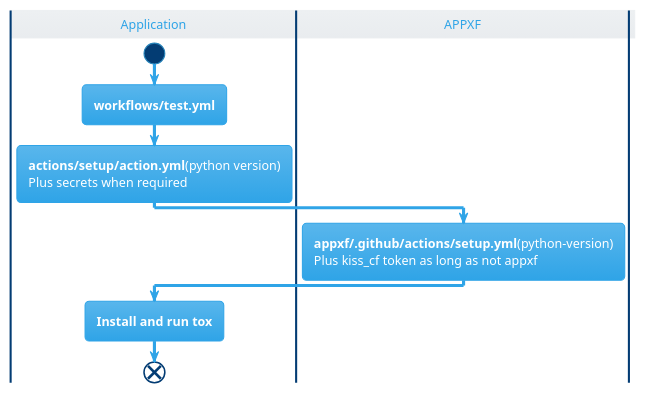
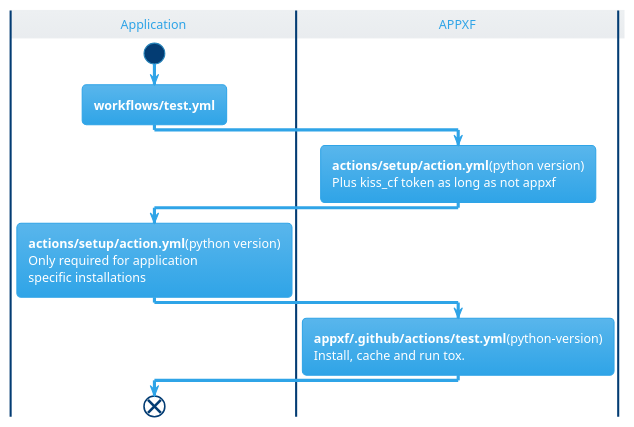
One commit to alexander-rd/appxf changed the diagram in obsidian/modules/Github Support.md. Above: the diagram before and after it, drawn with PlantUML. The commit also changed 2 other files, not shown here.

Commit message:
Added Pyinstaller script  + first review and corrections  + working for SDT project Further review is mising.

````diff
--- a/obsidian/modules/Github Support.md
+++ b/obsidian/modules/Github Support.md
@@ -2,19 +2,23 @@
 ```plantuml
 @startuml
 !theme cerulean 
 
 |Application|
 start
 :<b>workflows/test.yml</b>;
+|APPXF|
 :<b>actions/setup/action.yml</b>(python version)
-Plus secrets when required;
-
-|APPXF|
-:<b>appxf/.github/actions/setup.yml</b>(python-version)
 Plus kiss_cf token as long as not appxf;
 
 |Application|
-:<b>Install and run tox</b>;
+:<b>actions/setup/action.yml</b>(python version)
+Only required for application 
+specific installations;
+
+|APPXF|
+:<b>appxf/.github/actions/test.yml</b>(python-version)
+Install, cache and run tox.;
+|Application|
 end
 @enduml
 ```
````
